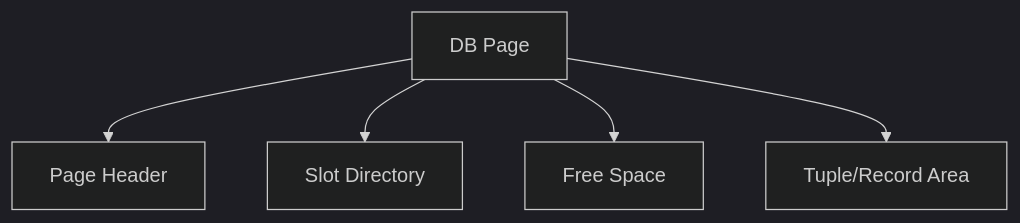
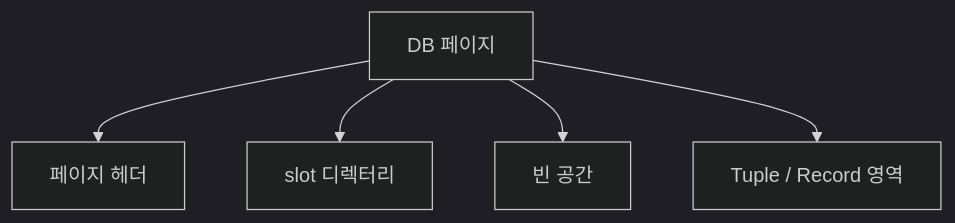
One commit to mandoobox/mandoobox.github.io changed diagram 19 of 54 in _posts/cs-note/2026-02-27-database.md. Above: the diagram before and after it, drawn with Mermaid (dark theme). The commit also changed other lines of this file and 18 other files, not shown here.

````diff
--- a/_posts/cs-note/2026-02-27-database.md
+++ b/_posts/cs-note/2026-02-27-database.md
@@ -682,7 +683,7 @@
 ```mermaid
 flowchart TD
-  P[DB Page] --> HDR[Page Header]
-  P --> SLOTS[Slot Directory]
-  P --> FREE[Free Space]
-  P --> ROWS["Tuple/Record Area"]
+  P[DB 페이지] --> HDR[페이지 헤더]
+  P --> SLOTS[slot 디렉터리]
+  P --> FREE[빈 공간]
+  P --> ROWS["Tuple / Record 영역"]
 ```
````
